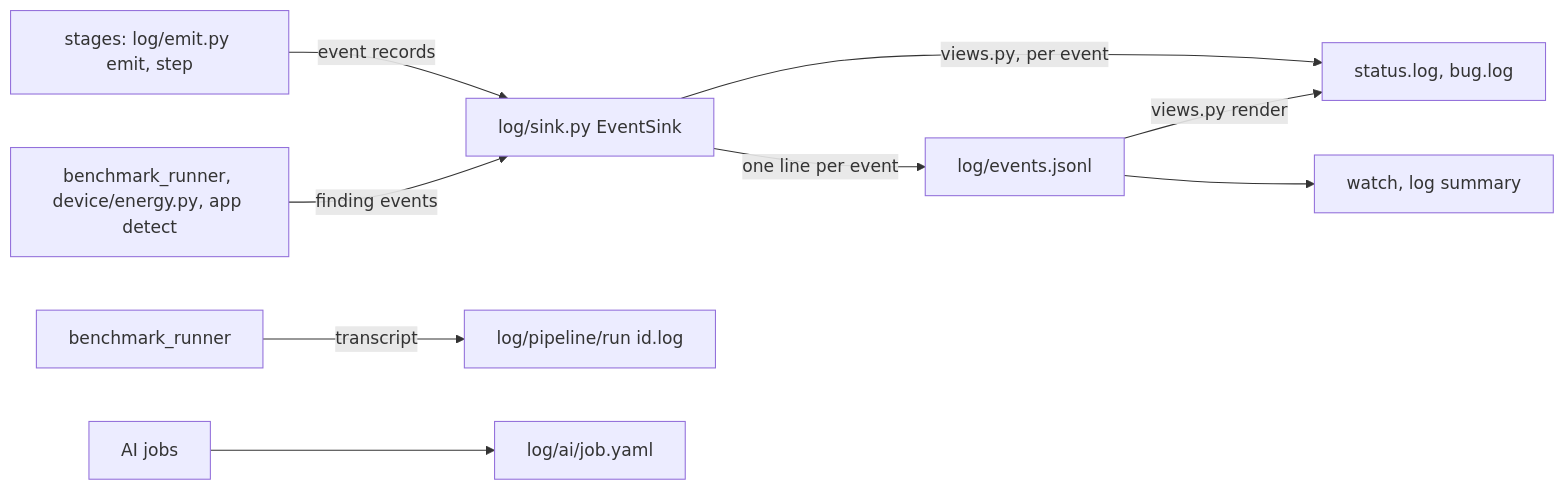
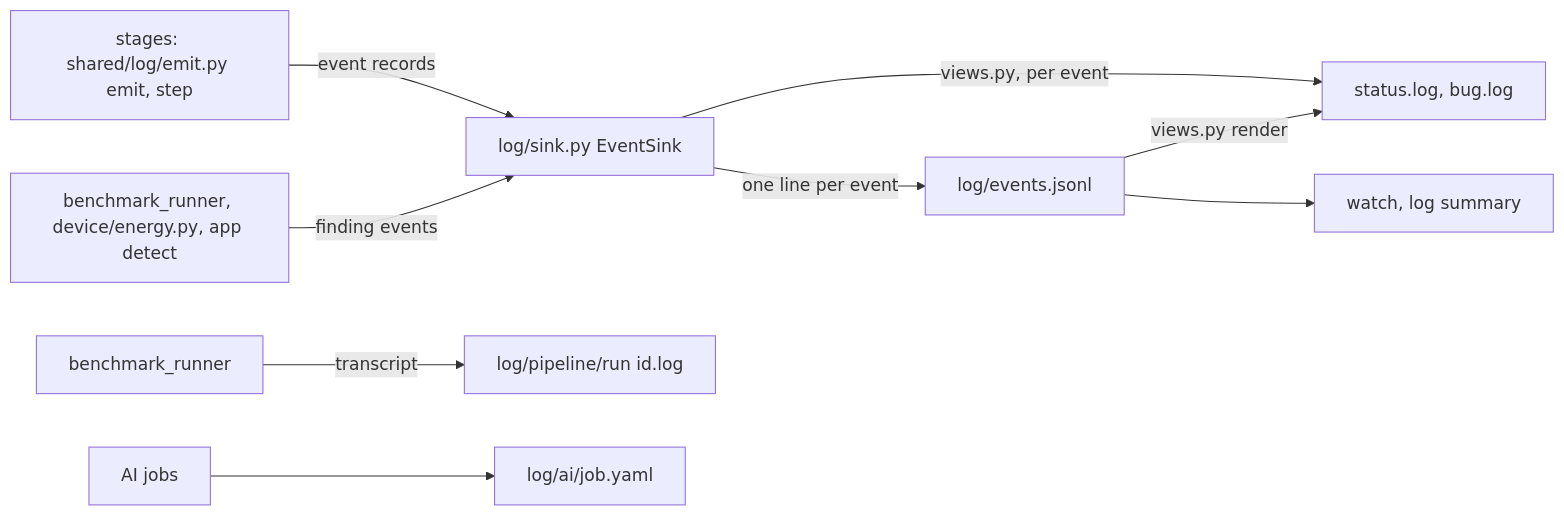
Before and after one commit to JuneKim0007/cryptobenchmark: the diagram in apps/perf-repair/docs/run-log.md, drawn with Mermaid. The commit also changed other lines of this file and 68 other files, not shown here.

Commit message:
Event log and terminator move into the library: cryptobench.shared.log (event, emit, stderr) and cryptobench.shared.stop (codes, terminate); importers, maps and shared-functions index follow

````diff
--- a/apps/perf-repair/docs/run-log.md
+++ b/apps/perf-repair/docs/run-log.md
@@ -5,11 +5,11 @@
 ```mermaid
 flowchart LR
-    S[stages: log/emit.py emit, step] -- event records --> K[log/sink.py EventSink]
+    S[stages: shared/log/emit.py emit, step] -- event records --> K[log/sink.py EventSink]
     P[benchmark_runner, device/energy.py, app detect] -- finding events --> K
     K -- one line per event --> E[log/events.jsonl]
     K -- views.py, per event --> V[status.log, bug.log]
     E -- views.py render --> V
     E --> W[watch, log summary]
     R[benchmark_runner] -- transcript --> T[log/pipeline/run id.log]
     M[AI jobs] --> J[log/ai/job.yaml]
 ```
````
